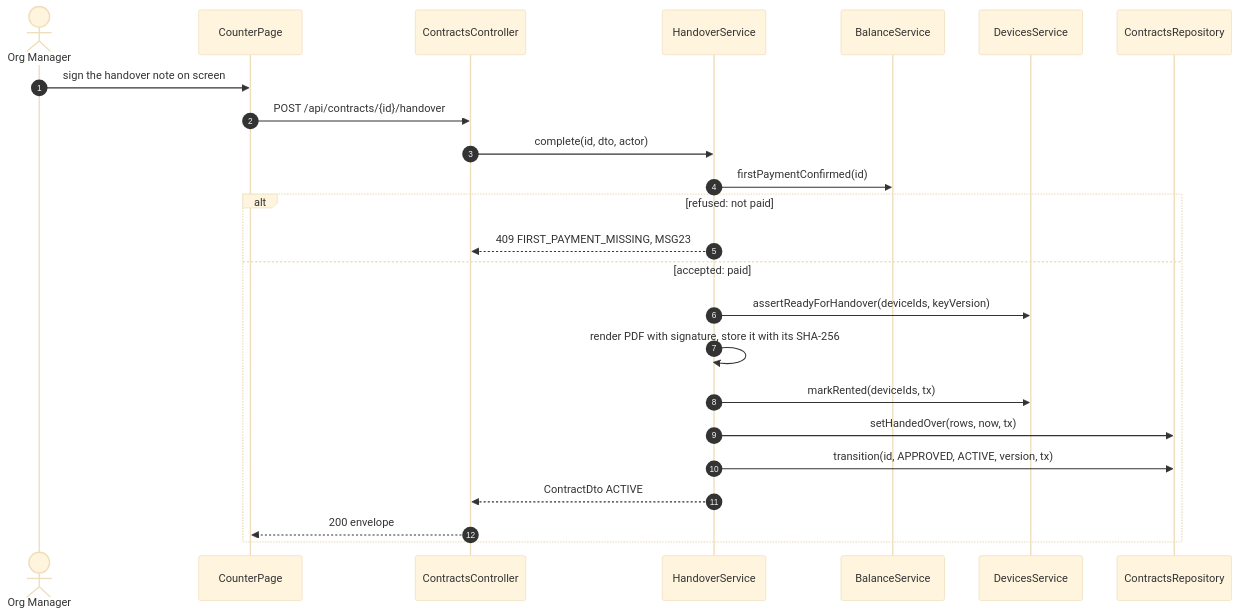
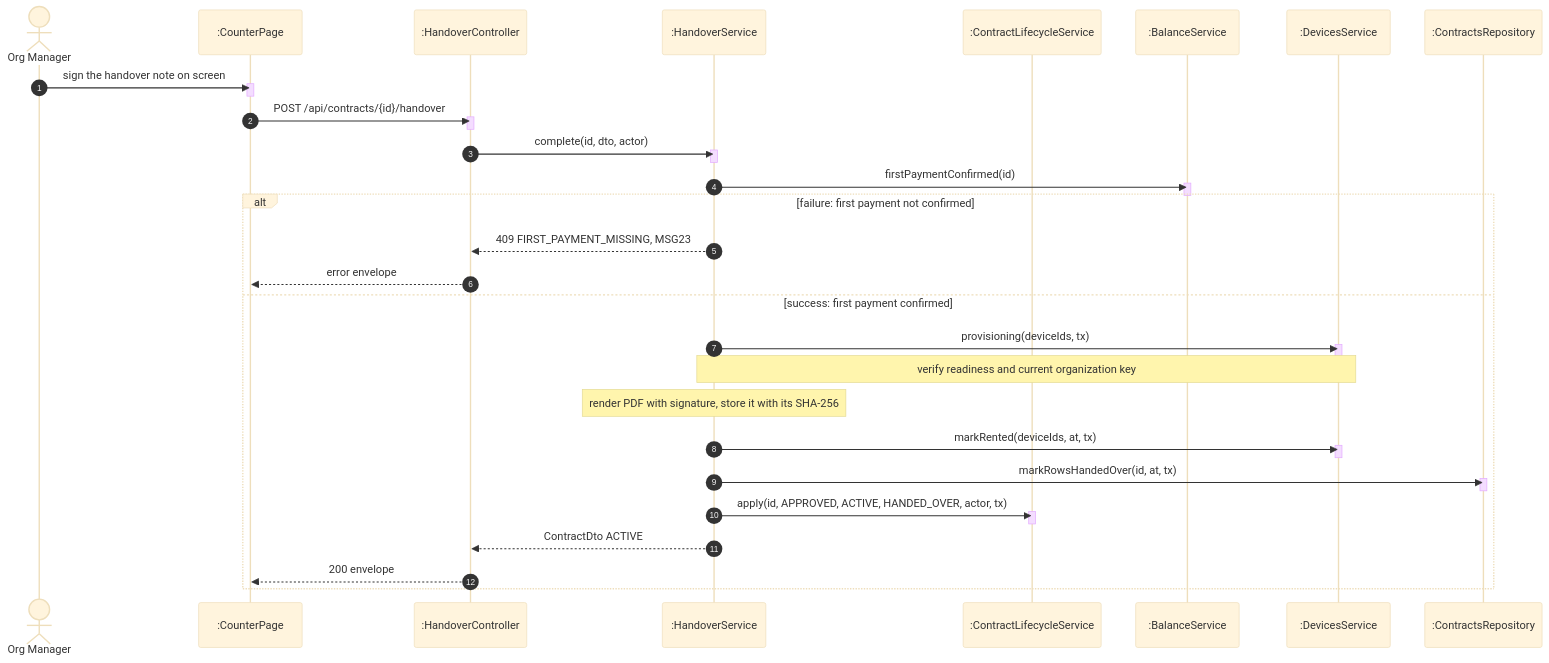
One commit to TrekLink-Team/treklink-web changed diagram 20 of 29 in specs/rentals/design.md. Above: the diagram before and after it, drawn with Mermaid (base theme). The commit also changed other lines of this file and 2 other files, not shown here.

First line of the commit message:
docs: one alt per sequence, code-true guards and per-use-case class panels (review of #113)

````diff
--- a/specs/rentals/design.md
+++ b/specs/rentals/design.md
@@ -401,26 +756,45 @@
 ```mermaid
 sequenceDiagram
     autonumber
     actor M as Org Manager
-    participant P as CounterPage
-    participant C as ContractsController
-    participant H as HandoverService
-    participant B as BalanceService
-    participant D as DevicesService
-    participant R as ContractsRepository
+    participant P as :CounterPage
+    participant C as :HandoverController
+    participant H as :HandoverService
+    participant L as :ContractLifecycleService
+    participant B as :BalanceService
+    participant D as :DevicesService
+    participant R as :ContractsRepository
     M->>P: sign the handover note on screen
+    activate P
+    deactivate P
     P->>C: POST /api/contracts/{id}/handover
+    activate C
+    deactivate C
     C->>H: complete(id, dto, actor)
+    activate H
+    deactivate H
     H->>B: firstPaymentConfirmed(id)
-    alt refused: not paid
+    activate B
+    deactivate B
+    alt failure: first payment not confirmed
         H-->>C: 409 FIRST_PAYMENT_MISSING, MSG23
-    else accepted: paid
-        H->>D: assertReadyForHandover(deviceIds, keyVersion)
-        H->>H: render PDF with signature, store it with its SHA-256
-        H->>D: markRented(deviceIds, tx)
-        H->>R: setHandedOver(rows, now, tx)
-        H->>R: transition(id, APPROVED, ACTIVE, version, tx)
+        C-->>P: error envelope
+    else success: first payment confirmed
+        H->>D: provisioning(deviceIds, tx)
+        activate D
+        deactivate D
+        Note over H,D: verify readiness and current organization key
+        Note over H: render PDF with signature, store it with its SHA-256
+        H->>D: markRented(deviceIds, at, tx)
+        activate D
+        deactivate D
+        H->>R: markRowsHandedOver(id, at, tx)
+        activate R
+        deactivate R
+        H->>L: apply(id, APPROVED, ACTIVE, HANDED_OVER, actor, tx)
+        activate L
+        deactivate L
         H-->>C: ContractDto ACTIVE
         C-->>P: 200 envelope
     end
 ```
````
